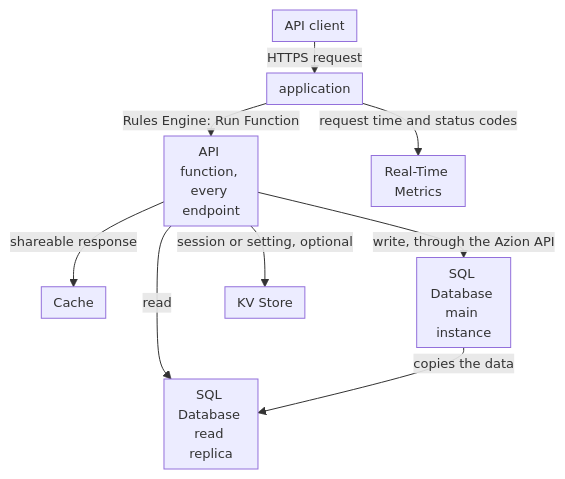
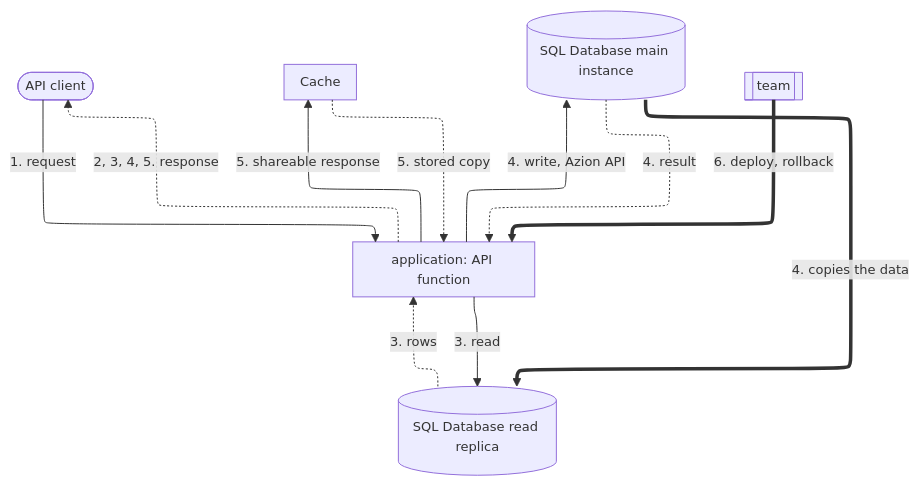
One commit to aziontech/docs changed the diagram in apps/docs/src/content/docs/en/pages/architectures/edge-application/serverless-apps.mdx. Above: the diagram before and after it, drawn with Mermaid. The commit also changed other lines of this file and 179 other files, not shown here.

Commit message:
docs(diagrams): redraw every other diagram in the use-case diagram style (#2513)

````diff
--- a/apps/docs/src/content/docs/en/pages/architectures/edge-application/serverless-apps.mdx
+++ b/apps/docs/src/content/docs/en/pages/architectures/edge-application/serverless-apps.mdx
@@ -18,12 +20,20 @@
 ```mermaid
-%%{init: {"layout": "dagre", "themeVariables": {"fontSize": "13px"}, "flowchart": {"nodeSpacing": 12, "rankSpacing": 12, "padding": 6, "wrappingWidth": 70, "minNodeWidth": 40, "useMaxWidth": true}}}%%
+%%{init: {"layout": "elk", "elk": {"cycleBreakingStrategy": "MODEL_ORDER"}, "themeVariables": {"fontSize": "13px"}, "flowchart": {"nodeSpacing": 24, "rankSpacing": 36, "padding": 8, "wrappingWidth": 150, "useMaxWidth": true}, "sequence": {"width": 120, "actorMargin": 30, "useMaxWidth": true}}}%%
 flowchart TD
-  Client["API client"] -->|"HTTPS request"| App["application"]
-  App -->|"Rules Engine: Run Function"| Fn["API function, every endpoint"]
-  Fn -->|"shareable response"| Cache["Cache"]
-  Fn -->|"read"| Replica["SQL Database read replica"]
-  Fn -->|"write, through the Azion API"| Main["SQL Database main instance"]
-  Main -->|"copies the data"| Replica
-  Fn -->|"session or setting, optional"| KV["KV Store"]
-  App -->|"request time and status codes"| RTM["Real-Time Metrics"]
+  Client(["API client"])
+  App["application: API function"]
+  Cache["Cache"]
+  Main[("SQL Database main instance")]
+  Replica[("SQL Database read replica")]
+  Team[["team"]]
+  Client -->|"1. request"| App
+  App -->|"5. shareable response"| Cache
+  App -->|"4. write, Azion API"| Main
+  App -->|"3. read"| Replica
+  Cache -.->|"5. stored copy"| App
+  Main -.->|"4. result"| App
+  Replica -.->|"3. rows"| App
+  App -.->|"2, 3, 4, 5. response"| Client
+  Main ==>|"4. copies the data"| Replica
+  Team ==>|"6. deploy, rollback"| App
 ```
````
